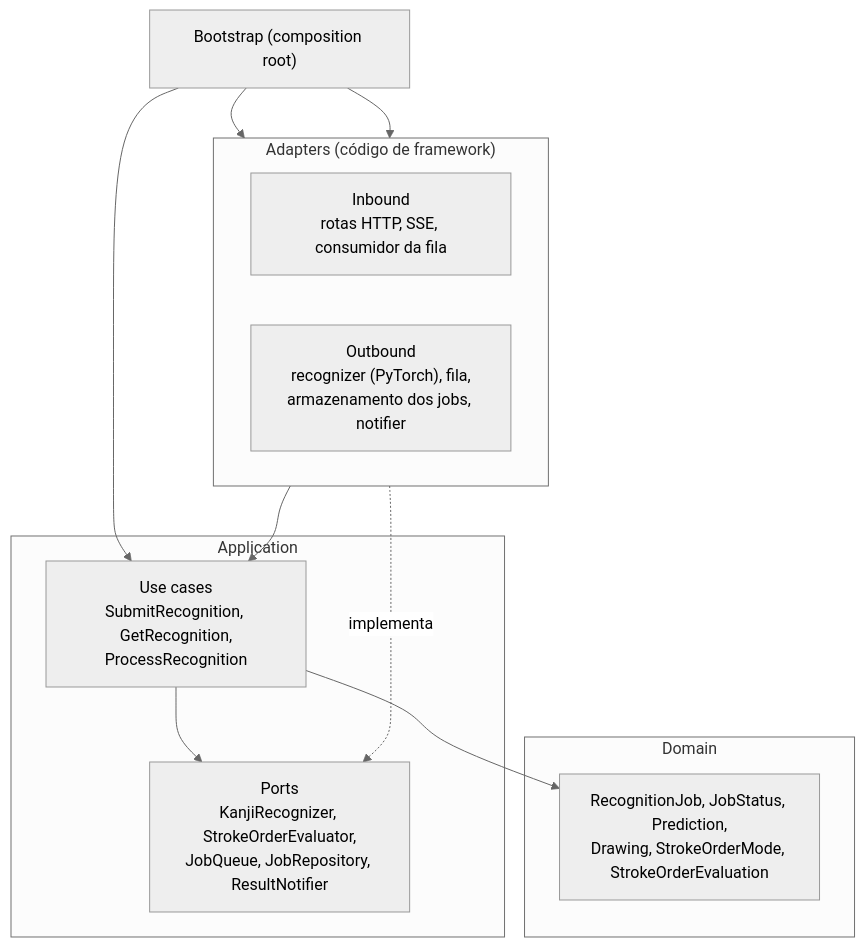
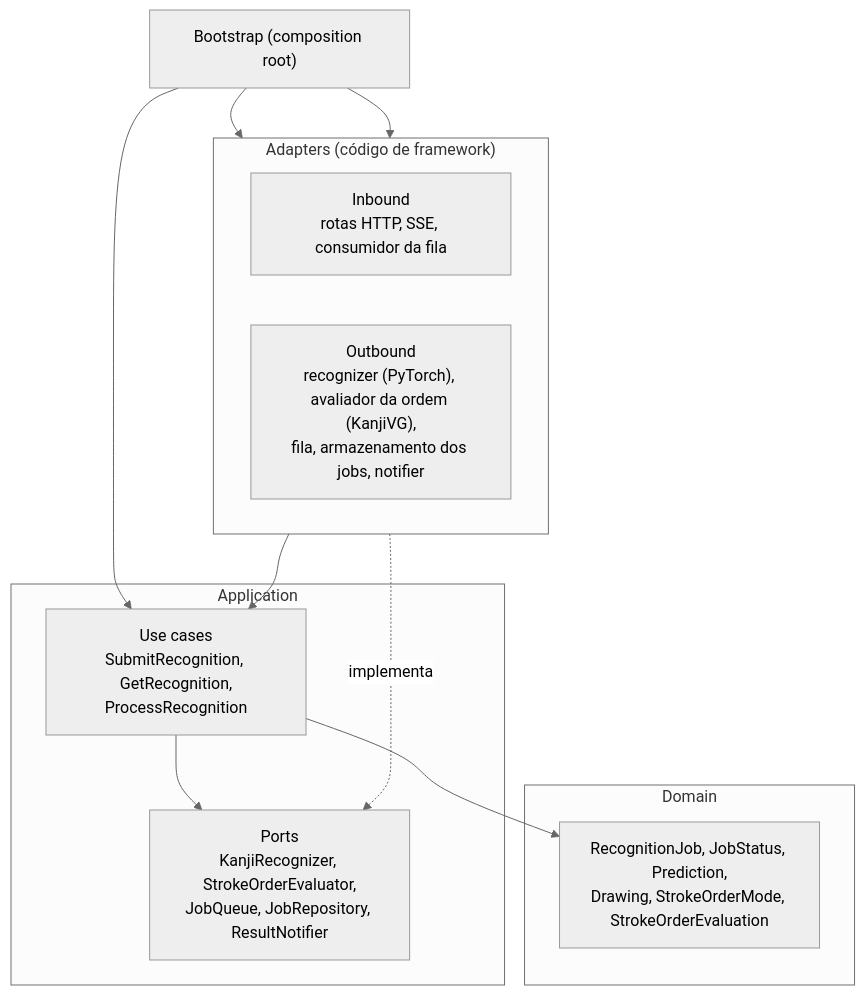
The second of 3 diagrams in docs/ARCHITECTURE.md (Asuka-Jyuku/kanji-lens), drawn with Mermaid (neutral theme) before and after one commit. The commit also changed other lines of this file and 17 other files, not shown here.

````diff
--- a/docs/ARCHITECTURE.md
+++ b/docs/ARCHITECTURE.md
@@ -221,22 +224,22 @@
 ```mermaid
 flowchart TB
     subgraph adapters["Adapters (código de framework)"]
         direction LR
         inbound["Inbound<br/>rotas HTTP, SSE, consumidor da fila"]
-        outbound["Outbound<br/>recognizer (PyTorch), fila,<br/>armazenamento dos jobs, notifier"]
+        outbound["Outbound<br/>recognizer (PyTorch), avaliador da ordem (KanjiVG),<br/>fila, armazenamento dos jobs, notifier"]
     end
     subgraph application["Application"]
         usecases["Use cases<br/>SubmitRecognition, GetRecognition,<br/>ProcessRecognition"]
         ports["Ports<br/>KanjiRecognizer, StrokeOrderEvaluator,<br/>JobQueue, JobRepository, ResultNotifier"]
     end
     subgraph domain["Domain"]
         entities["RecognitionJob, JobStatus, Prediction,<br/>Drawing, StrokeOrderMode, StrokeOrderEvaluation"]
     end
     bootstrap["Bootstrap (composition root)"]
 
     inbound --> usecases
     usecases --> ports
     usecases --> entities
     outbound -. implementa .-> ports
     bootstrap --> inbound & outbound & usecases
 ```
````
